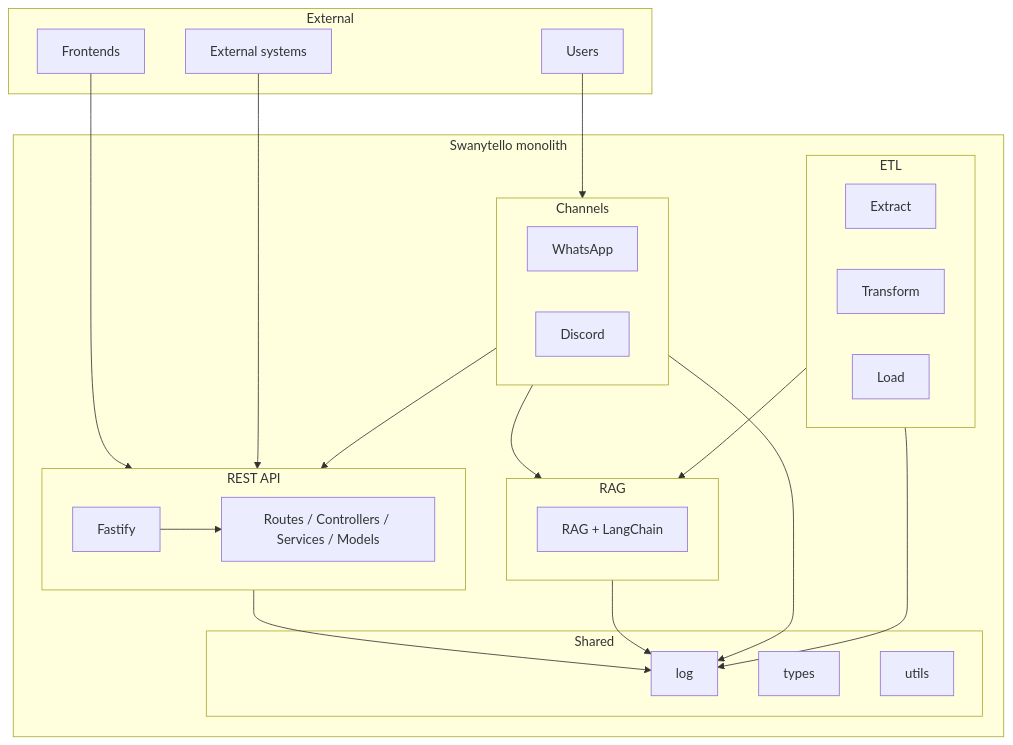
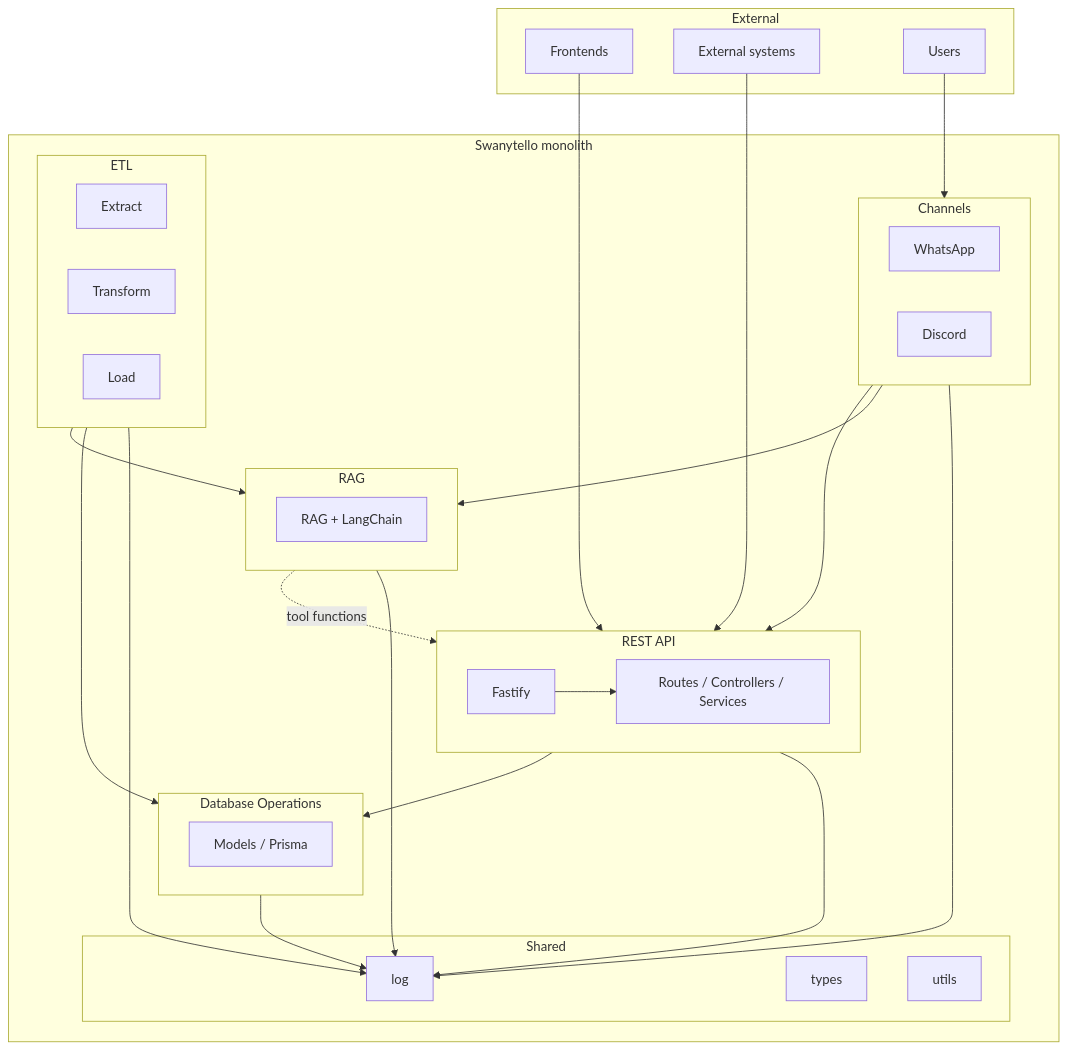
Before and after one commit to sorocode-comunidade/swanytello: the first of 3 diagrams in README.md, drawn with Mermaid. The commit also changed other lines of this file and 10 other files, not shown here.

Commit message:
moved all docker related files to a docker folder at root, added alias tips usage for docker commands and updated all mermaids to reflect the actual project structure

````diff
--- a/README.md
+++ b/README.md
@@ -44,48 +44,56 @@
 ```mermaid
 flowchart TB
   subgraph external [External]
     Frontends[Frontends]
     Systems[External systems]
     Users[Users]
   end
 
-  subgraph monolith [Swanytello monolith]
+    subgraph monolith [Swanytello monolith]
     subgraph api [REST API]
       Fastify[Fastify]
-      Routes[Routes / Controllers / Services / Models]
+      Routes[Routes / Controllers / Services]
       Fastify --> Routes
     end
 
     subgraph rag [RAG]
       RAGLogic[RAG + LangChain]
     end
 
     subgraph channels [Channels]
       WhatsApp[WhatsApp]
       Discord[Discord]
     end
 
     subgraph etl [ETL]
       Extract[Extract]
       Transform[Transform]
       Load[Load]
     end
 
+    subgraph db_ops [Database Operations]
+      Models[Models / Prisma]
+    end
+
     subgraph shared [Shared]
       Log[log]
       Types[types]
       Utils[utils]
     end
   end
 
   Frontends --> api
   Systems --> api
   Users --> channels
   channels --> api
   channels --> rag
   etl --> rag
+  api --> db_ops
+  etl --> db_ops
+  rag -.->|tool functions| api
   api --> Log
   rag --> Log
   channels --> Log
   etl --> Log
+  db_ops --> Log
 ```
````
